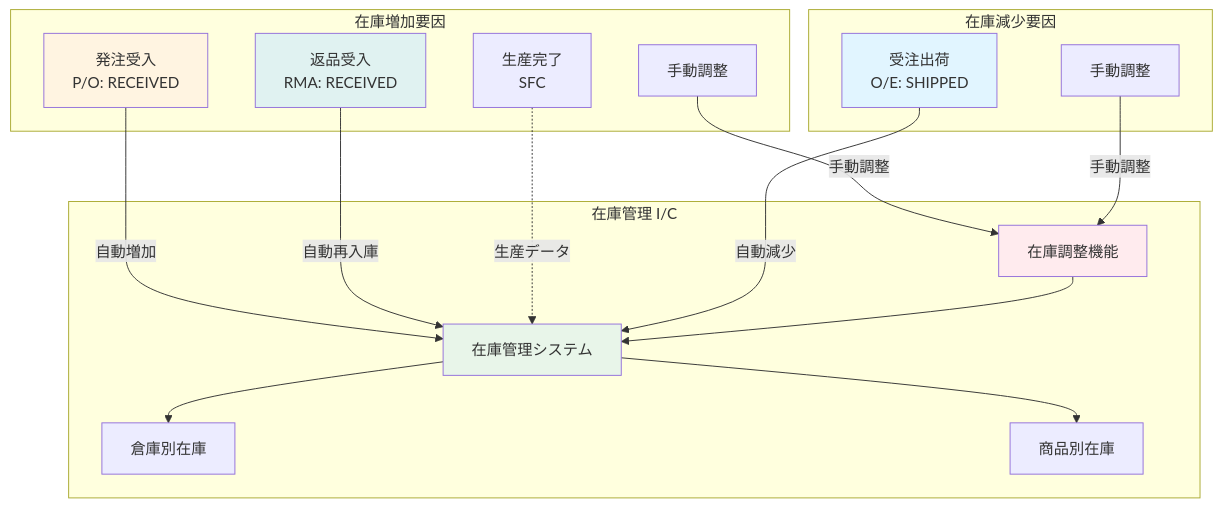
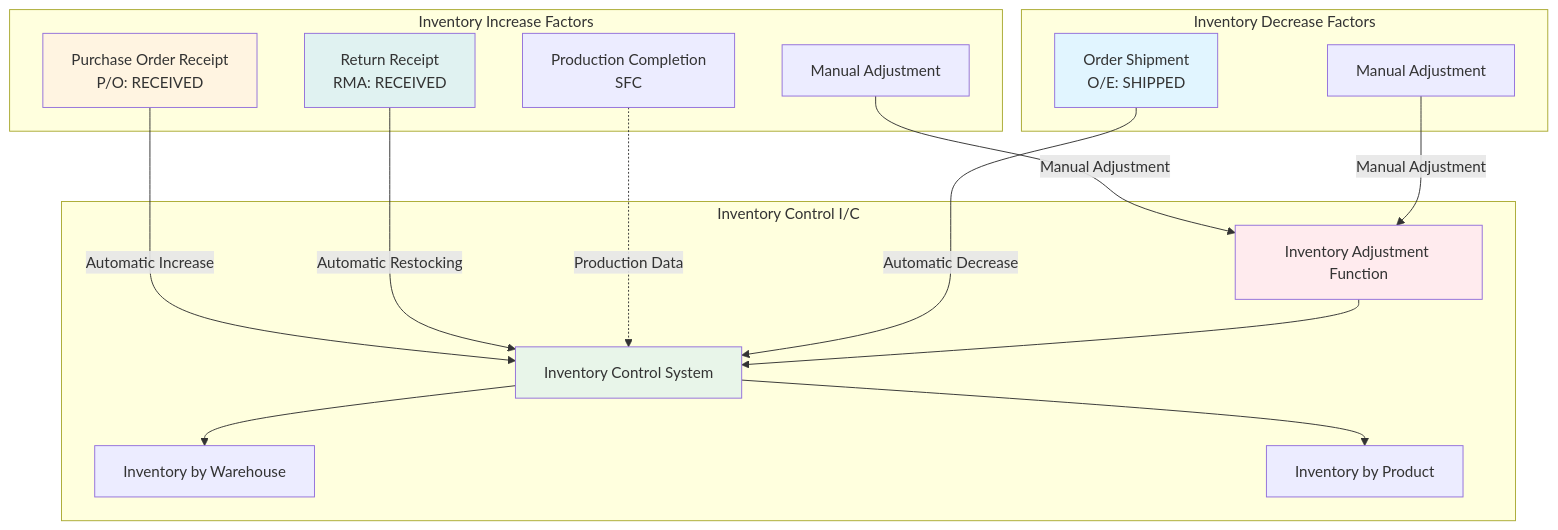
Before and after one commit to HankTk/app-erp: the fifth of 7 diagrams in ERP_MODULE_DIAGRAM.md, drawn with Mermaid. The commit also changed other lines of this file and 5 other files, not shown here.

````diff
--- a/ERP_MODULE_DIAGRAM.md
+++ b/ERP_MODULE_DIAGRAM.md
@@ -248,39 +248,39 @@
 ```mermaid
 graph TB
-    subgraph "在庫増加要因"
-        PO_Received[発注受入<br/>P/O: RECEIVED]
-        RMA_Received[返品受入<br/>RMA: RECEIVED]
-        SFC_Production[生産完了<br/>SFC]
-        Manual_Adjust[手動調整]
+    subgraph "Inventory Increase Factors"
+        PO_Received[Purchase Order Receipt<br/>P/O: RECEIVED]
+        RMA_Received[Return Receipt<br/>RMA: RECEIVED]
+        SFC_Production[Production Completion<br/>SFC]
+        Manual_Adjust[Manual Adjustment]
     end
 
-    subgraph "在庫減少要因"
-        OE_Shipped[受注出荷<br/>O/E: SHIPPED]
-        Manual_Decrease[手動調整]
+    subgraph "Inventory Decrease Factors"
+        OE_Shipped[Order Shipment<br/>O/E: SHIPPED]
+        Manual_Decrease[Manual Adjustment]
     end
 
-    subgraph "在庫管理 I/C"
-        IC[在庫管理システム]
-        IC_ByWarehouse[倉庫別在庫]
-        IC_ByProduct[商品別在庫]
-        IC_Adjustment[在庫調整機能]
+    subgraph "Inventory Control I/C"
+        IC[Inventory Control System]
+        IC_ByWarehouse[Inventory by Warehouse]
+        IC_ByProduct[Inventory by Product]
+        IC_Adjustment[Inventory Adjustment Function]
     end
 
-    PO_Received -->|自動増加| IC
-    RMA_Received -->|自動再入庫| IC
-    SFC_Production -.->|生産データ| IC
-    Manual_Adjust -->|手動調整| IC_Adjustment
+    PO_Received -->|Automatic Increase| IC
+    RMA_Received -->|Automatic Restocking| IC
+    SFC_Production -.->|Production Data| IC
+    Manual_Adjust -->|Manual Adjustment| IC_Adjustment
 
-    OE_Shipped -->|自動減少| IC
-    Manual_Decrease -->|手動調整| IC_Adjustment
+    OE_Shipped -->|Automatic Decrease| IC
+    Manual_Decrease -->|Manual Adjustment| IC_Adjustment
 
     IC --> IC_ByWarehouse
     IC --> IC_ByProduct
     IC_Adjustment --> IC
 
     style PO_Received fill:#fff4e1
     style RMA_Received fill:#e0f2f1
     style OE_Shipped fill:#e1f5ff
     style IC fill:#e8f5e9
     style IC_Adjustment fill:#ffebee
 ```
````
